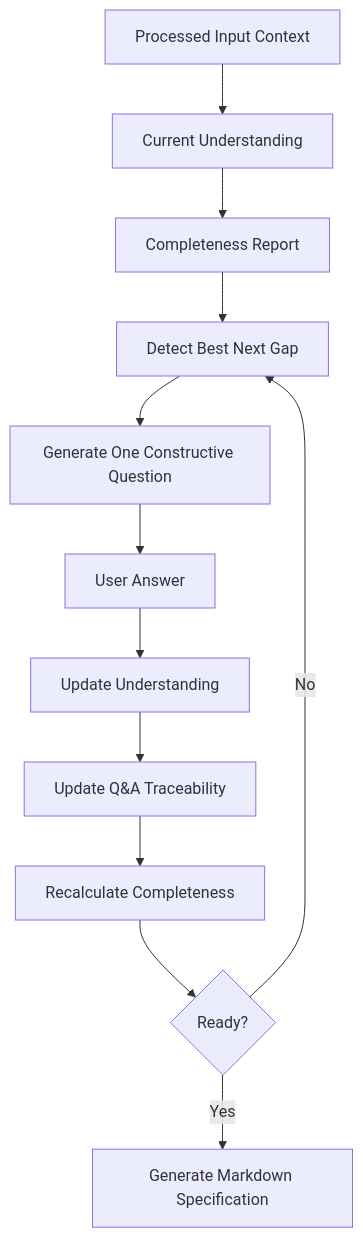
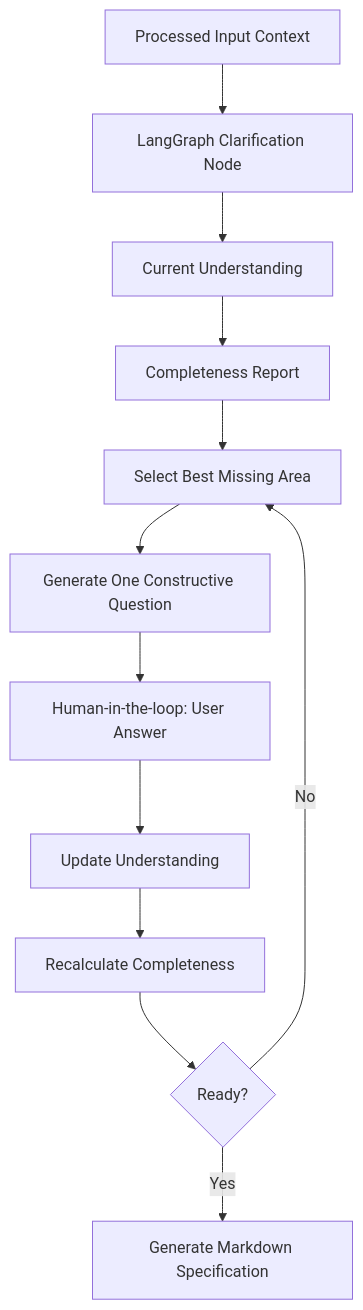
The fifth of 19 diagrams in Docs/system-design-detailed-plan.md (ProductMasterz/Mujarrad-Frontend), drawn with Mermaid before and after one commit. The commit also changed other lines of this file, not shown here.

Commit message:
Refine system design architecture plan

````diff
--- a/Docs/system-design-detailed-plan.md
+++ b/Docs/system-design-detailed-plan.md
@@ -569,14 +545,14 @@
 ```mermaid
 flowchart TD
-    A[Processed Input Context] --> B[Current Understanding]
-    B --> C[Completeness Report]
-    C --> D[Detect Best Next Gap]
-    D --> E[Generate One Constructive Question]
-    E --> F[User Answer]
-    F --> G[Update Understanding]
-    G --> H[Update Q&A Traceability]
+    A[Processed Input Context] --> B[LangGraph Clarification Node]
+    B --> C[Current Understanding]
+    C --> D[Completeness Report]
+    D --> E[Select Best Missing Area]
+    E --> F[Generate One Constructive Question]
+    F --> G[Human-in-the-loop: User Answer]
+    G --> H[Update Understanding]
     H --> I[Recalculate Completeness]
     I --> J{Ready?}
-    J -->|No| D
+    J -->|No| E
     J -->|Yes| K[Generate Markdown Specification]
 ```
````
